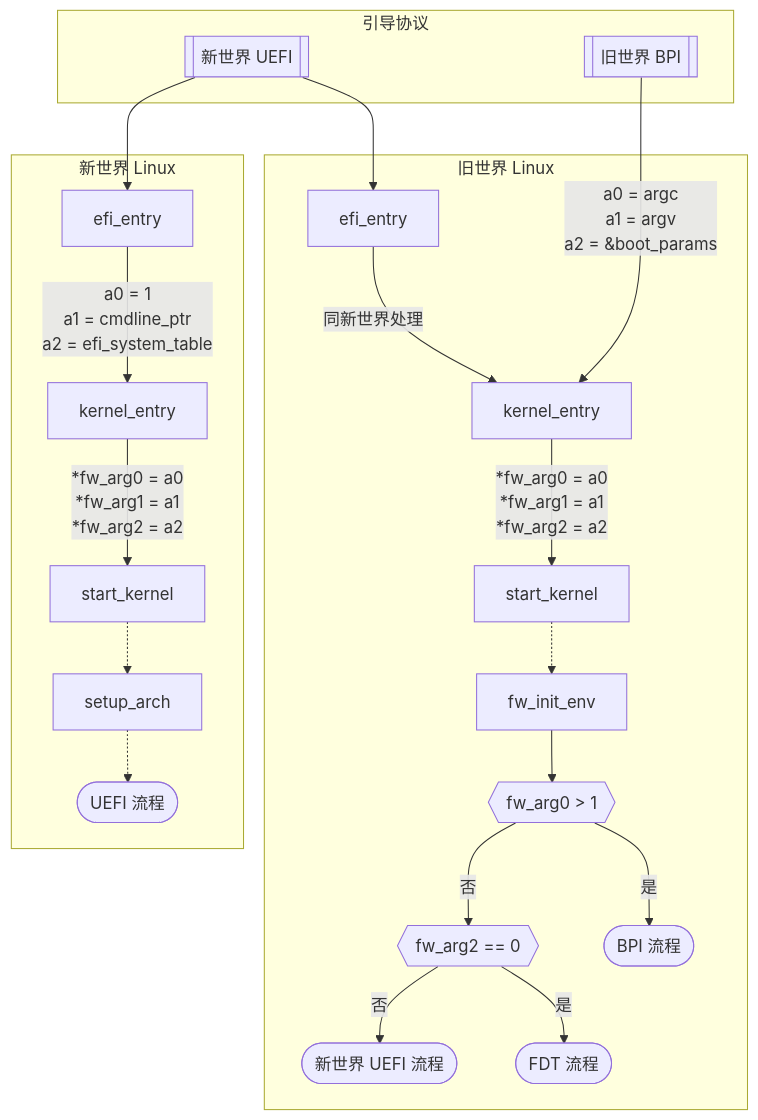
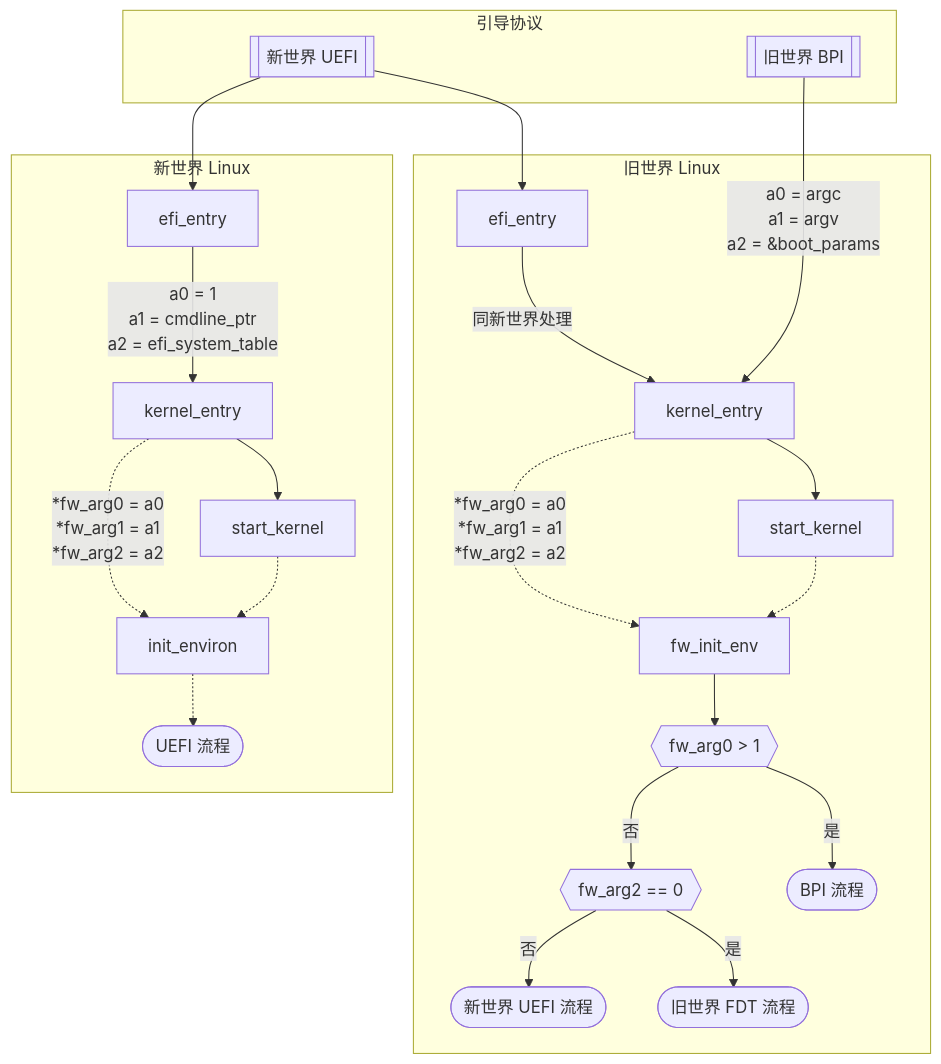
The second of 2 diagrams in docs/world-compat-details/index.md (loongson-community/areweloongyet), drawn with Mermaid before and after one commit. The commit also changed other lines of this file, not shown here.

````diff
--- a/docs/world-compat-details/index.md
+++ b/docs/world-compat-details/index.md
@@ -98,45 +105,45 @@
 ```mermaid
 flowchart TB
     subgraph ow [旧世界 Linux]
         OWKernelEntry[kernel_entry]
         OWEfiEntry[efi_entry]
         OWStartKernel[start_kernel]
         OWFwInitEnv[fw_init_env]
 
-        OWStartKernel -.-> OWFwInitEnv
-        OWKernelEntry -->|*fw_arg0 = a0<br />*fw_arg1 = a1<br />*fw_arg2 = a2| OWStartKernel
+        OWKernelEntry -.->|*fw_arg0 = a0<br />*fw_arg1 = a1<br />*fw_arg2 = a2| OWFwInitEnv
+        OWKernelEntry --> OWStartKernel -.-> OWFwInitEnv
         OWEfiEntry -->|同新世界处理| OWKernelEntry
 
         OWCheckArg0{{fw_arg0 > 1}}
         OWCheckArg2{{fw_arg2 == 0}}
         OWBPI([BPI 流程])
         OWUEFI([新世界 UEFI 流程])
-        OWFDT([FDT 流程])
+        OWFDT([旧世界 FDT 流程])
 
         OWFwInitEnv --> OWCheckArg0
         OWCheckArg0 -->|是| OWBPI
         OWCheckArg0 -->|否| OWCheckArg2
         OWCheckArg2 -->|是| OWFDT
         OWCheckArg2 -->|否| OWUEFI
     end
     subgraph nw [新世界 Linux]
         NWKernelEntry[kernel_entry]
         NWEfiEntry[efi_entry]
         NWStartKernel[start_kernel]
-        NWSetupArch[setup_arch]
+        NWInitEnviron[init_environ]
         NWUEFI([UEFI 流程])
 
-        NWStartKernel -.-> NWSetupArch -.-> NWUEFI
-        NWKernelEntry -->|*fw_arg0 = a0<br />*fw_arg1 = a1<br />*fw_arg2 = a2| NWStartKernel
+        NWKernelEntry -.->|*fw_arg0 = a0<br />*fw_arg1 = a1<br />*fw_arg2 = a2| NWInitEnviron
+        NWKernelEntry --> NWStartKernel -.-> NWInitEnviron -.-> NWUEFI
         NWEfiEntry -->|a0 = 1<br />a1 = cmdline_ptr<br />a2 = efi_system_table| NWKernelEntry
     end
 
     subgraph protocol [引导协议]
         BPI[[旧世界 BPI]]
         UEFI[[新世界 UEFI]]
     end
 
     BPI -->|a0 = argc<br />a1 = argv<br />a2 = &boot_params| OWKernelEntry
     UEFI --> OWEfiEntry
     UEFI --> NWEfiEntry
 ```
````
